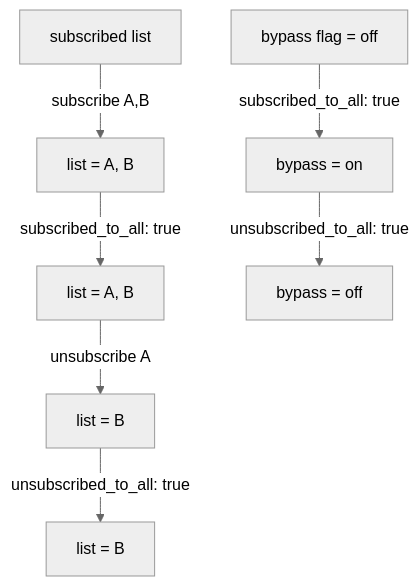
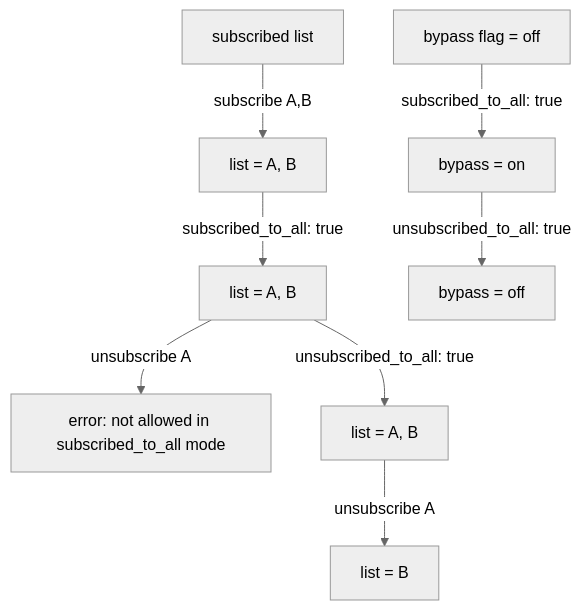
One commit to dora-network/dora-api-docs changed the second of 2 diagrams in multiplex-websocket/README.md. Above: the diagram before and after it, drawn with Mermaid (neutral theme). The commit also changed other lines of this file and 5 other files, not shown here.

````diff
--- a/multiplex-websocket/README.md
+++ b/multiplex-websocket/README.md
@@ -175,10 +175,11 @@
 ```mermaid
 flowchart TD
     L["subscribed list"] -->|subscribe A,B| L1["list = A, B"]
     L1 -->|subscribed_to_all: true| L2["list = A, B"]
-    L2 -->|unsubscribe A| L3["list = B"]
-    L3 -->|unsubscribed_to_all: true| L4["list = B"]
+    L2 -->|unsubscribe A| L3["error: not allowed in subscribed_to_all mode"]
+    L2 -->|unsubscribed_to_all: true| L4["list = A, B"]
+    L4 -->|unsubscribe A| L5["list = B"]
 
     B["bypass flag = off"] -->|subscribed_to_all: true| B1["bypass = on"]
     B1 -->|unsubscribed_to_all: true| B2["bypass = off"]
 ```
````
